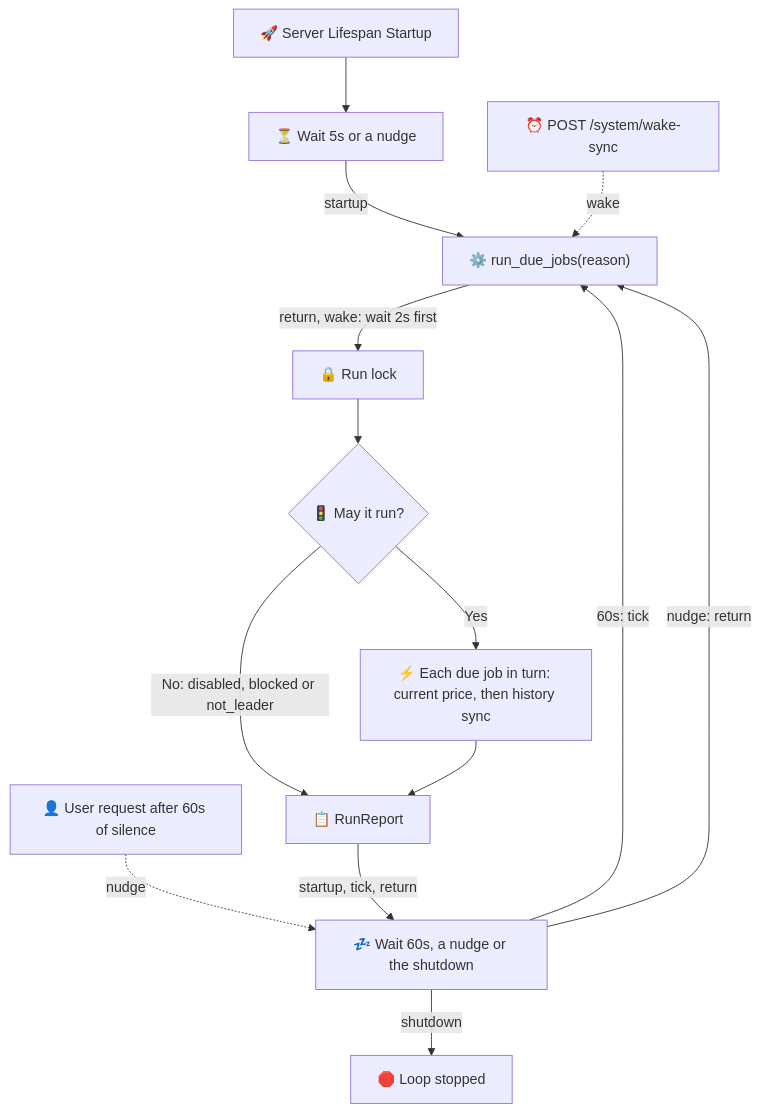
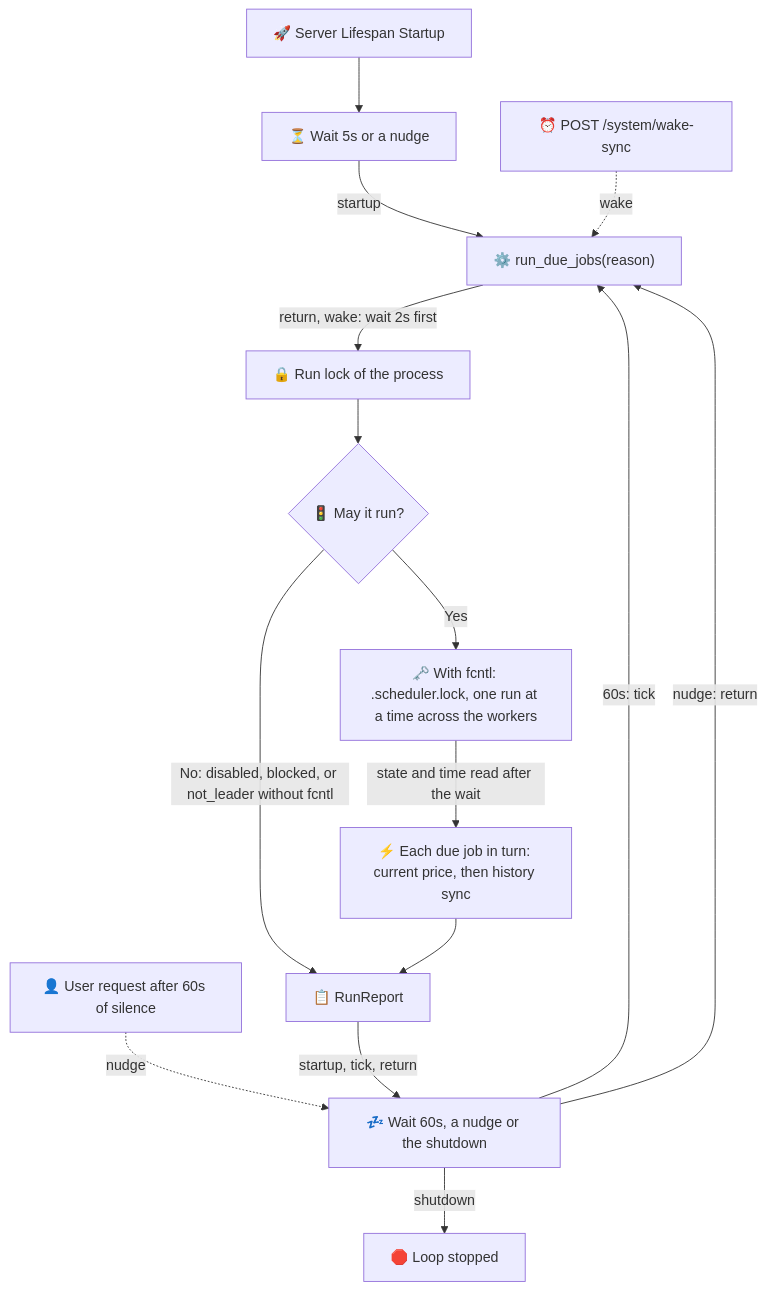
Before and after one commit to Librefolio/LibreFolio: the first of 2 diagrams in mkdocs_src/docs/developer/backend/scheduler.md, drawn with Mermaid. The commit also changed other lines of this file and 11 other files, not shown here.

First line of the commit message:
feat(scheduler): run lock across worker processes

````diff
--- a/mkdocs_src/docs/developer/backend/scheduler.md
+++ b/mkdocs_src/docs/developer/backend/scheduler.md
@@ -11,16 +11,17 @@
 ```mermaid
 graph TD
     Start["🚀 Server Lifespan Startup"] --> FirstWait["⏳ Wait 5s or a nudge"]
     FirstWait -->|startup| Run["⚙️ run_due_jobs(reason)"]
     User["👤 User request after 60s of silence"] -.->|nudge| Wait
     Wake["⏰ POST /system/wake-sync"] -.->|wake| Run
-    Run -->|"return, wake: wait 2s first"| Lock["🔒 Run lock"]
+    Run -->|"return, wake: wait 2s first"| Lock["🔒 Run lock of the process"]
     Lock --> Checks{"🚦 May it run?"}
-    Checks -->|"No: disabled, blocked or not_leader"| Report["📋 RunReport"]
-    Checks -->|Yes| Jobs["⚡ Each due job in turn: current price, then history sync"]
+    Checks -->|"No: disabled, blocked, or not_leader without fcntl"| Report["📋 RunReport"]
+    Checks -->|Yes| FileLock["🗝️ With fcntl: .scheduler.lock, one run at a time across the workers"]
+    FileLock -->|"state and time read after the wait"| Jobs["⚡ Each due job in turn: current price, then history sync"]
     Jobs --> Report
     Report -->|"startup, tick, return"| Wait["💤 Wait 60s, a nudge or the shutdown"]
     Wait -->|"60s: tick"| Run
     Wait -->|"nudge: return"| Run
     Wait -->|shutdown| Stop["🛑 Loop stopped"]
 ```
````
